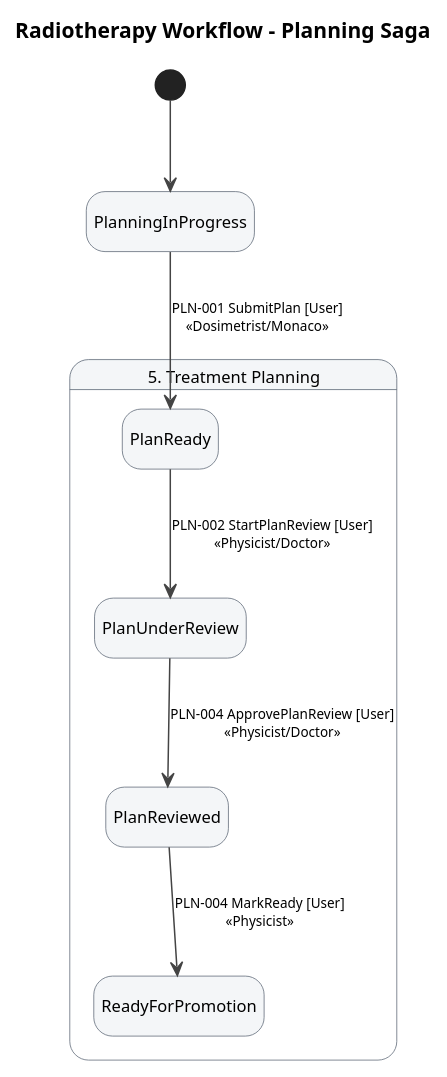
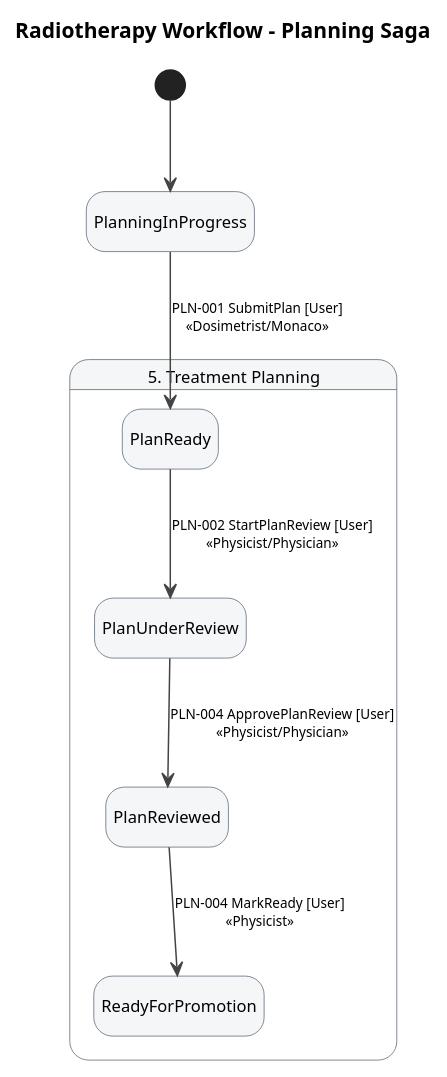
The diagram in docs/workflow/generated/planning-saga.puml (daniel-robot/wfmgr), drawn with PlantUML before and after one commit. The commit also changed 18 other files, not shown here.

```diff
--- a/docs/workflow/generated/planning-saga.puml
+++ b/docs/workflow/generated/planning-saga.puml
@@ -1,32 +1,32 @@
 @startuml
 title Radiotherapy Workflow – Planning Saga
 
 hide empty description
 
 skinparam DefaultFontName Arial
 skinparam Shadowing false
 skinparam ArrowColor #444444
 skinparam state {
   BackgroundColor #F4F6F8
   BorderColor #5A6473
   FontSize 11
   ArrowFontSize 9
   ArrowColor #444444
 }
 
 [*] --> PlanningInProgress
 
 state "5. Treatment Planning" as PLN {
   state PlanningInProgress
   state PlanReady
   state PlanUnderReview
   state PlanReviewed
   state ReadyForPromotion
 }
 
 ' ─── Transitions ─────────────────────────
 PlanningInProgress --> PlanReady : PLN-001 SubmitPlan [User]\n«Dosimetrist/Monaco»
-PlanReady --> PlanUnderReview : PLN-002 StartPlanReview [User]\n«Physicist/Doctor»
-PlanUnderReview --> PlanReviewed : PLN-004 ApprovePlanReview [User]\n«Physicist/Doctor»
+PlanReady --> PlanUnderReview : PLN-002 StartPlanReview [User]\n«Physicist/Physician»
+PlanUnderReview --> PlanReviewed : PLN-004 ApprovePlanReview [User]\n«Physicist/Physician»
 PlanReviewed  --> ReadyForPromotion : PLN-004 MarkReady [User]\n«Physicist»
 @enduml
```
